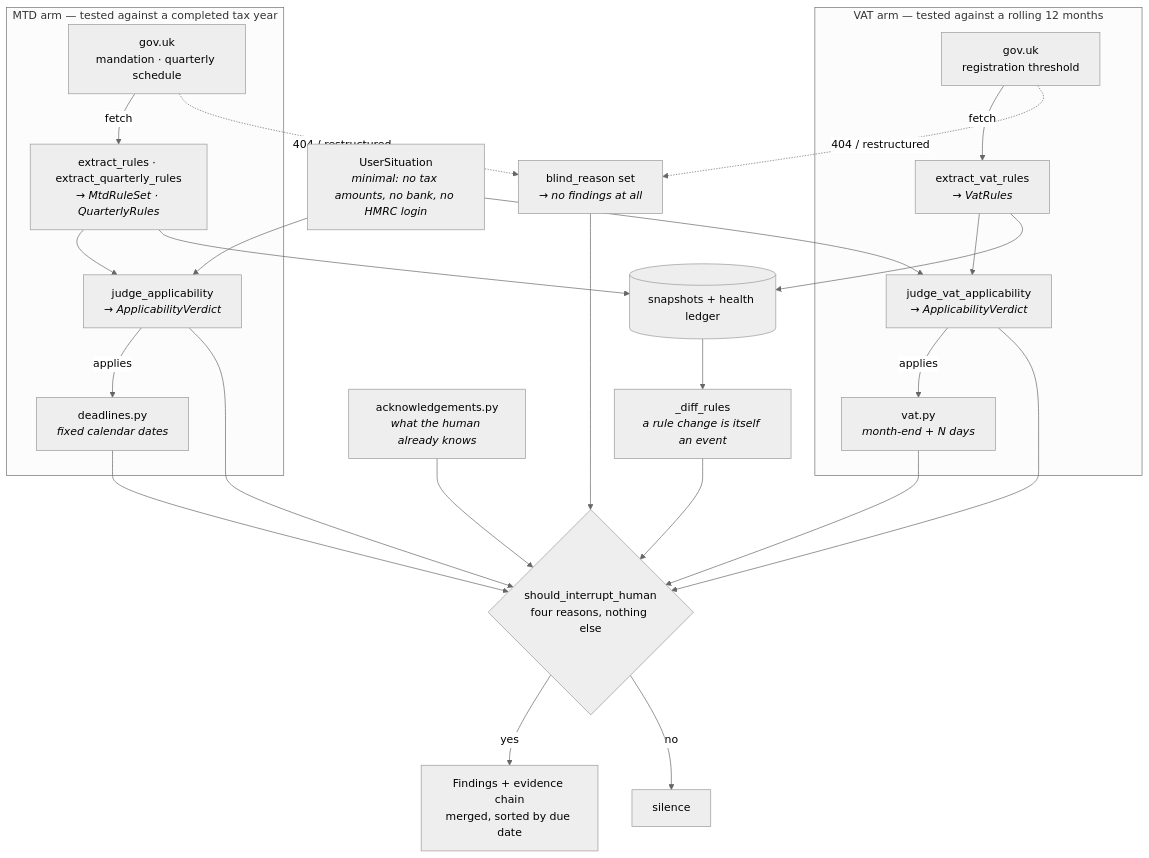
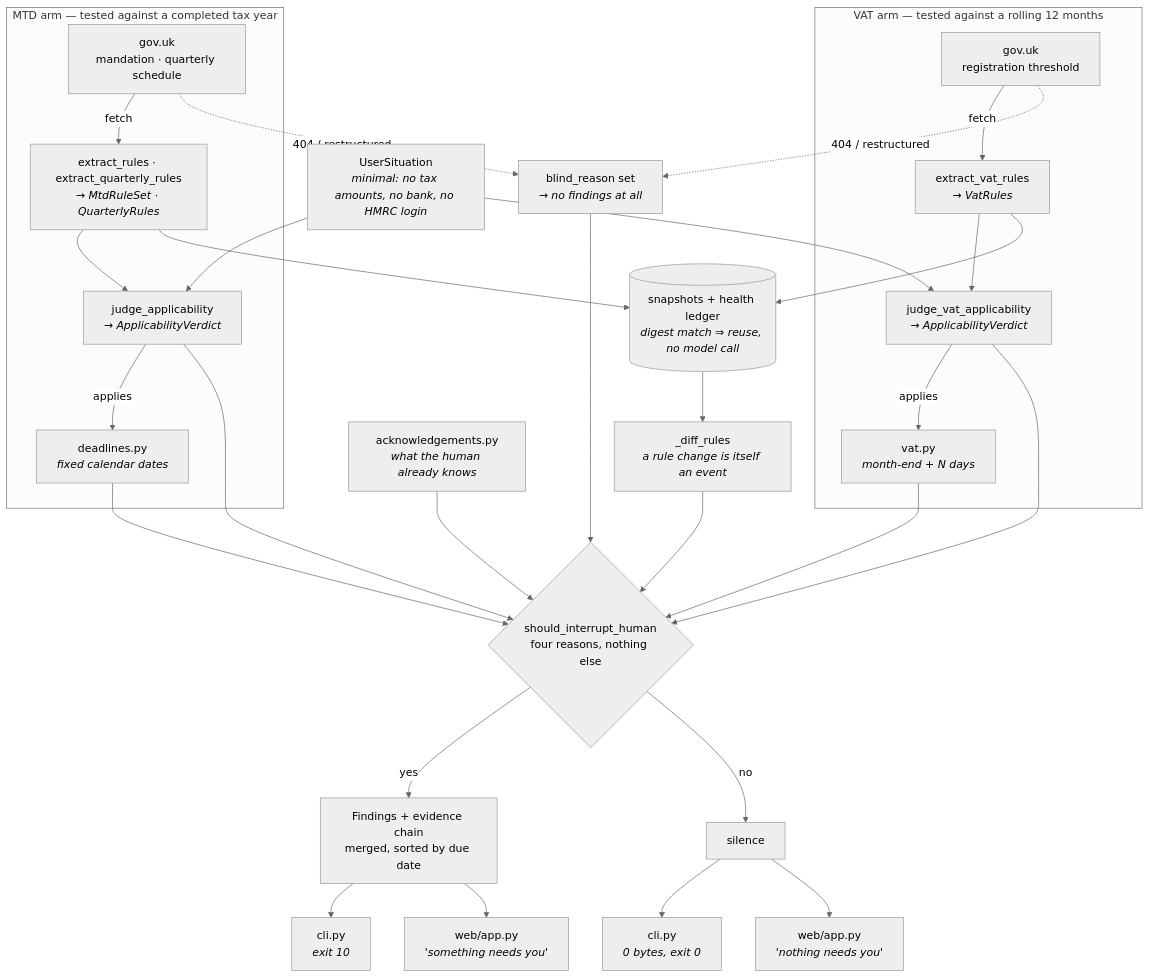
Before and after one commit to suzyeth/due-diligence: the diagram in README.md, drawn with Mermaid (neutral theme). The commit also changed other lines of this file and 1 other file, not shown here.

````diff
--- a/README.md
+++ b/README.md
@@ -221,45 +249,49 @@
 ```mermaid
 flowchart TB
     USER["UserSituation<br/><i>minimal: no tax amounts, no bank, no HMRC login</i>"]
 
     subgraph mtd["MTD arm — tested against a completed tax year"]
         GOVM["gov.uk<br/>mandation · quarterly schedule"]
         EXM["extract_rules · extract_quarterly_rules<br/><i>→ MtdRuleSet · QuarterlyRules</i>"]
         JUM["judge_applicability<br/><i>→ ApplicabilityVerdict</i>"]
         CALM["deadlines.py<br/><i>fixed calendar dates</i>"]
         GOVM -->|fetch| EXM --> JUM -->|applies| CALM
     end
 
     subgraph vat["VAT arm — tested against a rolling 12 months"]
         GOVV["gov.uk<br/>registration threshold"]
         EXV["extract_vat_rules<br/><i>→ VatRules</i>"]
         JUV["judge_vat_applicability<br/><i>→ ApplicabilityVerdict</i>"]
         CALV["vat.py<br/><i>month-end + N days</i>"]
         GOVV -->|fetch| EXV --> JUV -->|applies| CALV
     end
 
-    SNAP[("snapshots + health ledger")]
+    SNAP[("snapshots + health ledger<br/><i>digest match ⇒ reuse, no model call</i>")]
     DIFF["_diff_rules<br/><i>a rule change is itself an event</i>"]
     ACK["acknowledgements.py<br/><i>what the human already knows</i>"]
     BLIND["blind_reason set<br/><i>→ no findings at all</i>"]
     GATE{"should_interrupt_human<br/>four reasons, nothing else"}
     OUT["Findings + evidence chain<br/>merged, sorted by due date"]
     SILENT["silence"]
 
     USER --> JUM
     USER --> JUV
     EXM --> SNAP
     EXV --> SNAP
     SNAP --> DIFF
     GOVM -.->|"404 / restructured"| BLIND
     GOVV -.->|"404 / restructured"| BLIND
     CALM --> GATE
     CALV --> GATE
     JUM --> GATE
     JUV --> GATE
     DIFF --> GATE
     ACK --> GATE
     BLIND --> GATE
     GATE -->|yes| OUT
     GATE -->|no| SILENT
+    OUT --> CLI["cli.py<br/><i>exit 10</i>"]
+    OUT --> WEB["web/app.py<br/><i>'something needs you'</i>"]
+    SILENT --> CLIQ["cli.py<br/><i>0 bytes, exit 0</i>"]
+    SILENT --> WEBQ["web/app.py<br/><i>'nothing needs you'</i>"]
 ```
````
